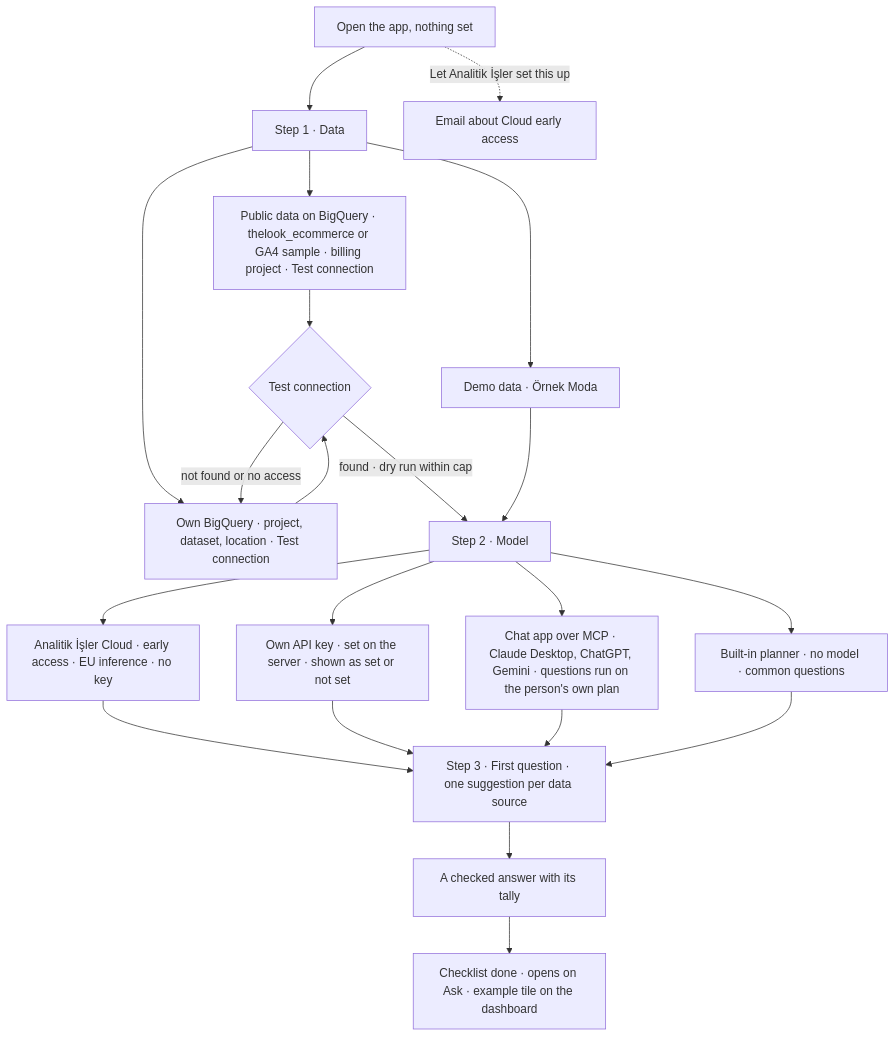
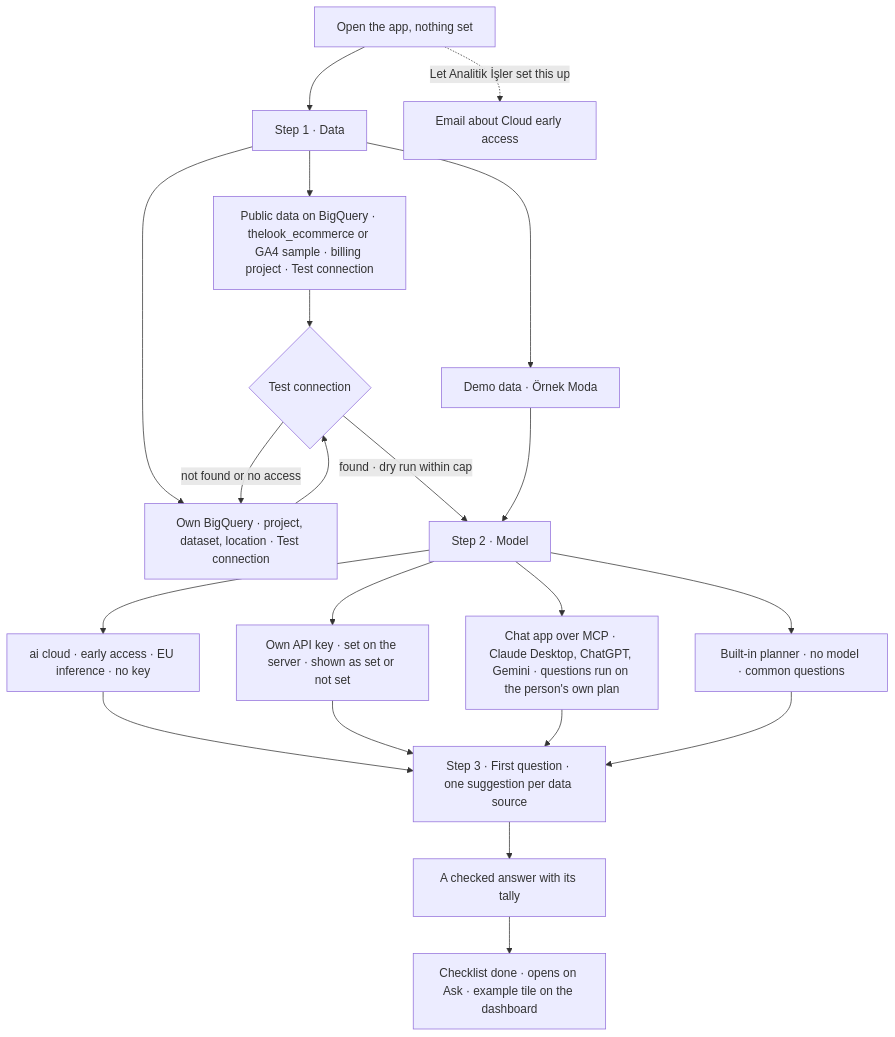
The second of 2 diagrams in design/flows.md (analitikisler/ai-analyst), drawn with Mermaid before and after one commit. The commit also changed other lines of this file and 208 other files, not shown here.

````diff
--- a/design/flows.md
+++ b/design/flows.md
@@ -48,23 +48,23 @@
 ```mermaid
 flowchart TD
   O[Open the app, nothing set] --> S1
   S1[Step 1 · Data] --> S1a[Demo data · Örnek Moda] 
   S1 --> S1b[Public data on BigQuery · thelook_ecommerce or GA4 sample · billing project · Test connection]
   S1 --> S1c[Own BigQuery · project, dataset, location · Test connection]
   S1b --> TC{Test connection}
   S1c --> TC
   TC -->|found · dry run within cap| S2
   TC -->|not found or no access| S1c
   S1a --> S2
-  S2[Step 2 · Model] --> S2a[Analitik İşler Cloud · early access · EU inference · no key]
+  S2[Step 2 · Model] --> S2a[ai cloud · early access · EU inference · no key]
   S2 --> S2b[Own API key · set on the server · shown as set or not set]
   S2 --> S2c[Chat app over MCP · Claude Desktop, ChatGPT, Gemini · questions run on the person's own plan]
   S2 --> S2d[Built-in planner · no model · common questions]
   S2a --> S3
   S2b --> S3
   S2c --> S3
   S2d --> S3
   S3[Step 3 · First question · one suggestion per data source] --> ANS[A checked answer with its tally]
   ANS --> DONE[Checklist done · opens on Ask · example tile on the dashboard]
   O -.->|Let Analitik İşler set this up| CLOUD[Email about Cloud early access]
 ```
````
